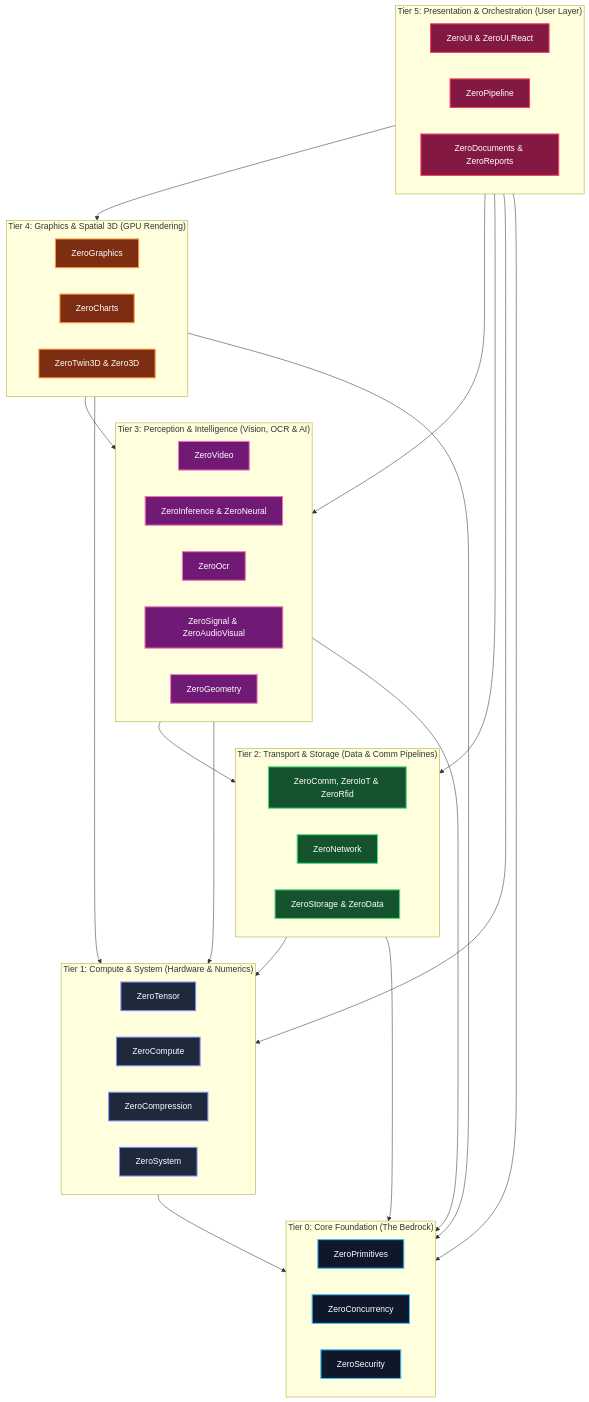
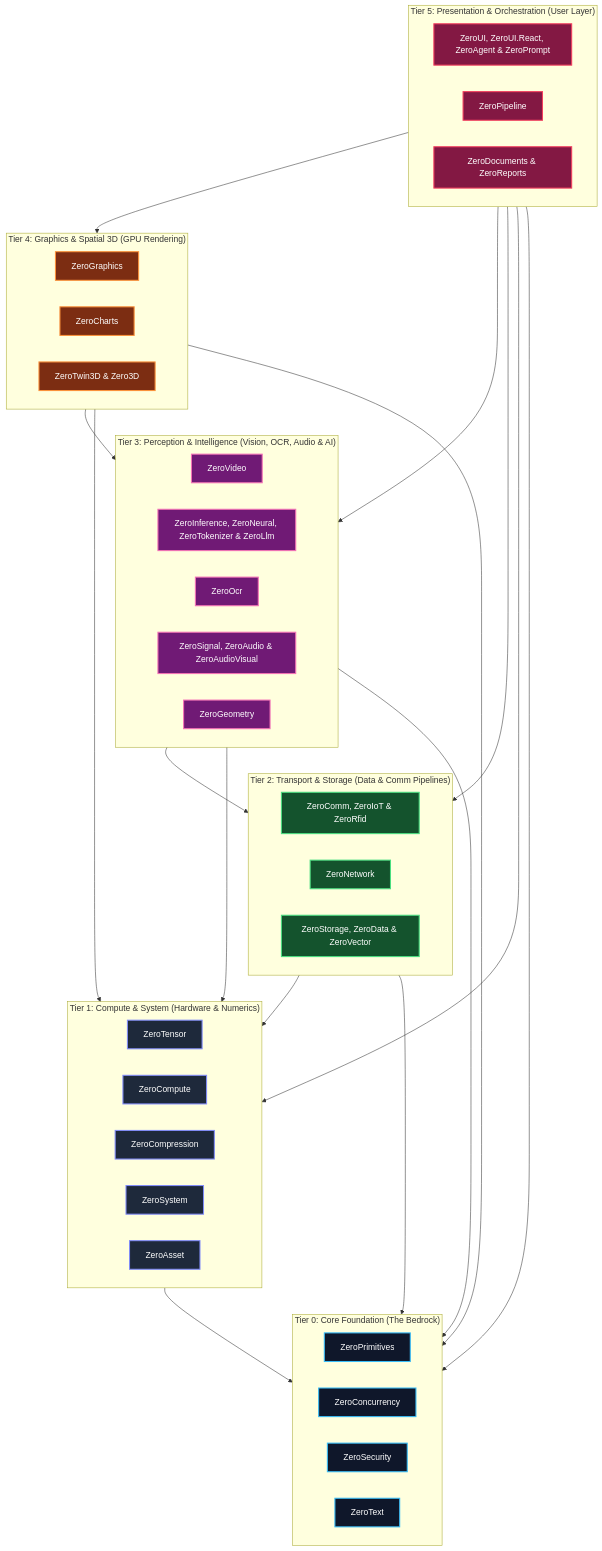
Before and after one commit to kzxl/ZeroPlatform: the first of 2 diagrams in docs/architect/tier-taxonomy-specification.md, drawn with Mermaid. The commit also changed other lines of this file and 5 other files, not shown here.

Commit message:
docs: synchronize 37-subsystem ecosystem architecture and cross-library synergy combinations

````diff
--- a/docs/architect/tier-taxonomy-specification.md
+++ b/docs/architect/tier-taxonomy-specification.md
@@ -21,54 +21,56 @@
 ```mermaid
 graph TD
     classDef l0 fill:#0f172a,stroke:#38bdf8,stroke-width:2px,color:#fff;
     classDef l1 fill:#1e293b,stroke:#818cf8,stroke-width:2px,color:#fff;
     classDef l2 fill:#14532d,stroke:#4ade80,stroke-width:2px,color:#fff;
     classDef l3 fill:#701a75,stroke:#f472b6,stroke-width:2px,color:#fff;
     classDef l4 fill:#7c2d12,stroke:#fb923c,stroke-width:2px,color:#fff;
     classDef l5 fill:#831843,stroke:#f43f5e,stroke-width:2px,color:#fff;
 
     subgraph L5 ["Tier 5: Presentation & Orchestration (User Layer)"]
-        UI["ZeroUI & ZeroUI.React"]:::l5
+        UI["ZeroUI, ZeroUI.React, ZeroAgent & ZeroPrompt"]:::l5
         Pipe["ZeroPipeline"]:::l5
         Docs["ZeroDocuments & ZeroReports"]:::l5
     end
 
     subgraph L4 ["Tier 4: Graphics & Spatial 3D (GPU Rendering)"]
         Gfx["ZeroGraphics"]:::l4
         Charts["ZeroCharts"]:::l4
         Twin["ZeroTwin3D & Zero3D"]:::l4
     end
 
-    subgraph L3 ["Tier 3: Perception & Intelligence (Vision, OCR & AI)"]
+    subgraph L3 ["Tier 3: Perception & Intelligence (Vision, OCR, Audio & AI)"]
         Video["ZeroVideo"]:::l3
-        Infer["ZeroInference & ZeroNeural"]:::l3
+        Infer["ZeroInference, ZeroNeural, ZeroTokenizer & ZeroLlm"]:::l3
         Ocr["ZeroOcr"]:::l3
-        Sig["ZeroSignal & ZeroAudioVisual"]:::l3
+        Sig["ZeroSignal, ZeroAudio & ZeroAudioVisual"]:::l3
         Geom["ZeroGeometry"]:::l3
     end
 
     subgraph L2 ["Tier 2: Transport & Storage (Data & Comm Pipelines)"]
         Comm["ZeroComm, ZeroIoT & ZeroRfid"]:::l2
         Net["ZeroNetwork"]:::l2
-        Store["ZeroStorage & ZeroData"]:::l2
+        Store["ZeroStorage, ZeroData & ZeroVector"]:::l2
     end
 
     subgraph L1 ["Tier 1: Compute & System (Hardware & Numerics)"]
         Tensor["ZeroTensor"]:::l1
         Comp["ZeroCompute"]:::l1
         Compres["ZeroCompression"]:::l1
         Sys["ZeroSystem"]:::l1
+        Asset["ZeroAsset"]:::l1
     end
 
     subgraph L0 ["Tier 0: Core Foundation (The Bedrock)"]
         Prim["ZeroPrimitives"]:::l0
         Conc["ZeroConcurrency"]:::l0
         Sec["ZeroSecurity"]:::l0
+        Txt["ZeroText"]:::l0
     end
 
     L5 --> L4 & L3 & L2 & L1 & L0
     L4 --> L3 & L1 & L0
     L3 --> L2 & L1 & L0
     L2 --> L1 & L0
     L1 --> L0
 ```
````
